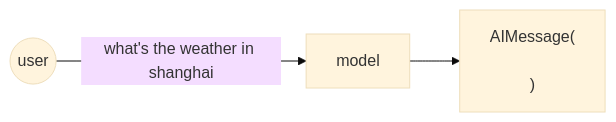
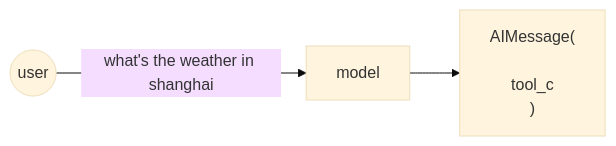
Before and after one commit to ka1fe1/iodraw-files: the diagram in all/未命名-28.md, drawn with Mermaid (base theme).

Commit message:
2024-10-22 17:44:38 update

````diff
--- a/all/未命名-28.md
+++ b/all/未命名-28.md
@@ -1,9 +1,10 @@
 ```mermaid
 flowchart LR
     s1((user))
     s2["model"]
     s3["AIMessage(<br>
+        tool_c
     )"]
 
     s1 -->|what's the weather in shanghai| s2 --> s3
 ```
````
